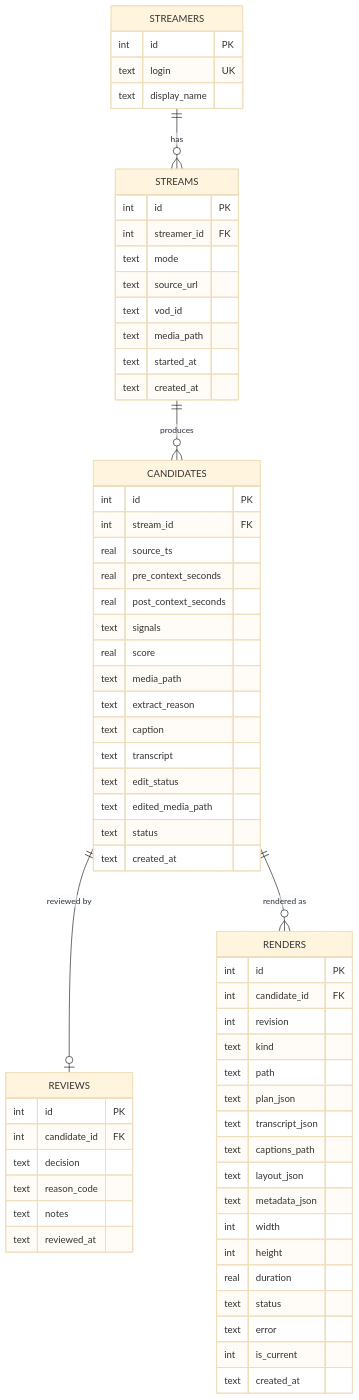
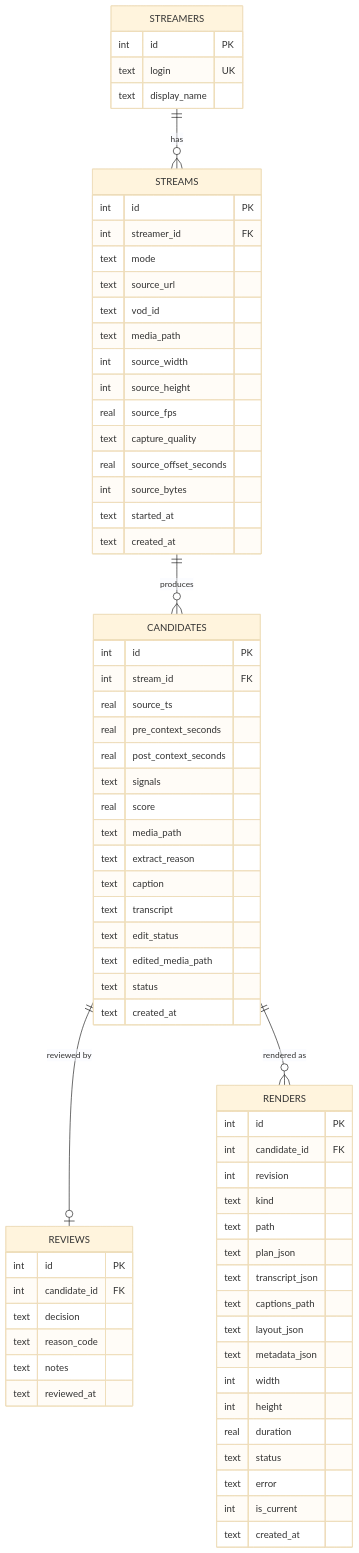
The fourth of 4 diagrams in docs/architecture.md (vuongj321/clippy), drawn with Mermaid (base theme) before and after one commit. The commit also changed other lines of this file and 8 other files, not shown here.

````diff
--- a/docs/architecture.md
+++ b/docs/architecture.md
@@ -450,67 +453,73 @@
 ```mermaid
 erDiagram
   STREAMERS ||--o{ STREAMS : has
   STREAMS ||--o{ CANDIDATES : produces
   CANDIDATES ||--o| REVIEWS : "reviewed by"
   CANDIDATES ||--o{ RENDERS : "rendered as"
 
   STREAMERS {
     int id PK
     text login UK
     text display_name
   }
   STREAMS {
     int id PK
     int streamer_id FK
     text mode
     text source_url
     text vod_id
     text media_path
+    int source_width
+    int source_height
+    real source_fps
+    text capture_quality
+    real source_offset_seconds
+    int source_bytes
     text started_at
     text created_at
   }
   CANDIDATES {
     int id PK
     int stream_id FK
     real source_ts
     real pre_context_seconds
     real post_context_seconds
     text signals
     real score
     text media_path
     text extract_reason
     text caption
     text transcript
     text edit_status
     text edited_media_path
     text status
     text created_at
   }
   REVIEWS {
     int id PK
     int candidate_id FK
     text decision
     text reason_code
     text notes
     text reviewed_at
   }
   RENDERS {
     int id PK
     int candidate_id FK
     int revision
     text kind
     text path
     text plan_json
     text transcript_json
     text captions_path
     text layout_json
     text metadata_json
     int width
     int height
     real duration
     text status
     text error
     int is_current
     text created_at
   }
 ```
````
